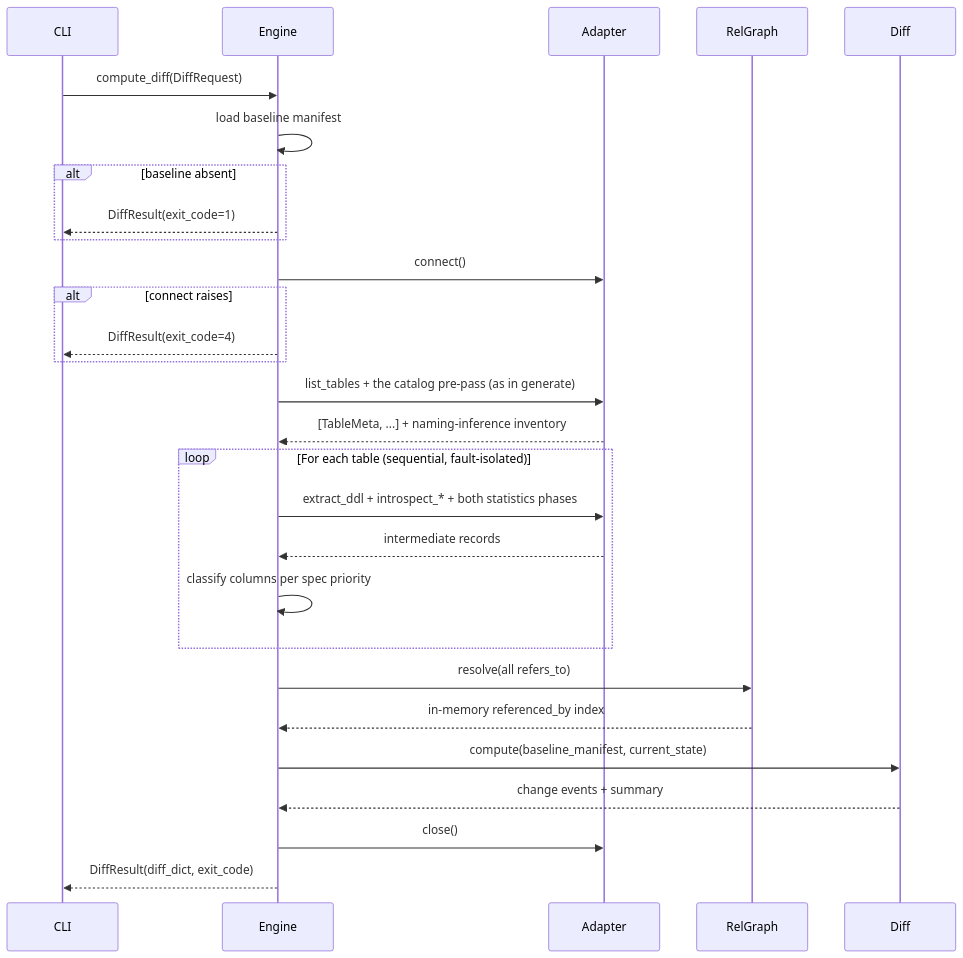
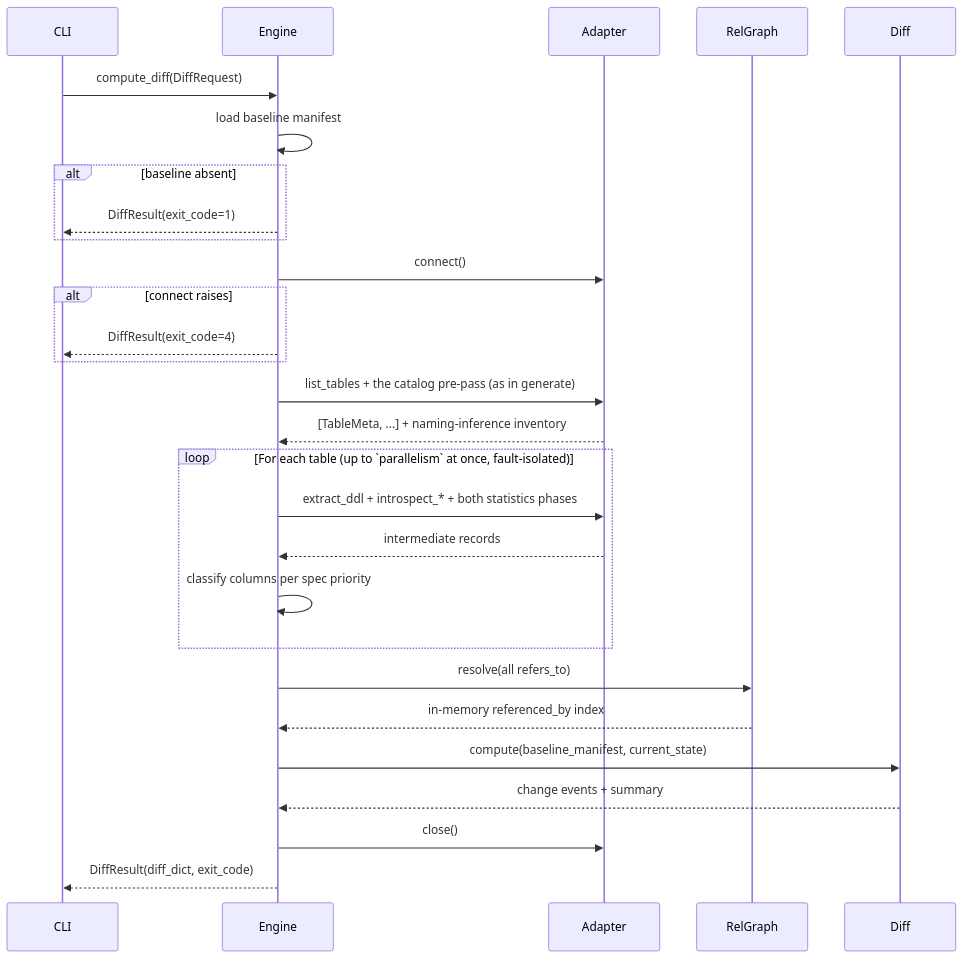
Before and after one commit to jakubro/dbprint: the second of 6 diagrams in docs/ARCHITECTURE.md, drawn with Mermaid. The commit also changed other lines of this file and 500 other files, not shown here.

````diff
--- a/docs/ARCHITECTURE.md
+++ b/docs/ARCHITECTURE.md
@@ -721,36 +508,36 @@
 ```mermaid
 sequenceDiagram
     participant CLI
     participant Engine
     participant Adapter
     participant RGraph as RelGraph
     participant Diff
 
     CLI->>Engine: compute_diff(DiffRequest)
     Engine->>Engine: load baseline manifest
     alt baseline absent
         Engine-->>CLI: DiffResult(exit_code=1)
     end
     Engine->>Adapter: connect()
     alt connect raises
         Engine-->>CLI: DiffResult(exit_code=4)
     end
 
     Engine->>Adapter: list_tables + the catalog pre-pass (as in generate)
     Adapter-->>Engine: [TableMeta, ...] + naming-inference inventory
 
-    loop For each table (sequential, fault-isolated)
+    loop For each table (up to `parallelism` at once, fault-isolated)
         Engine->>Adapter: extract_ddl + introspect_* + both statistics phases
         Adapter-->>Engine: intermediate records
         Engine->>Engine: classify columns per spec priority
     end
 
     Engine->>RGraph: resolve(all refers_to)
     RGraph-->>Engine: in-memory referenced_by index
 
     Engine->>Diff: compute(baseline_manifest, current_state)
     Diff-->>Engine: change events + summary
 
     Engine->>Adapter: close()
     Engine-->>CLI: DiffResult(diff_dict, exit_code)
 ```
````
